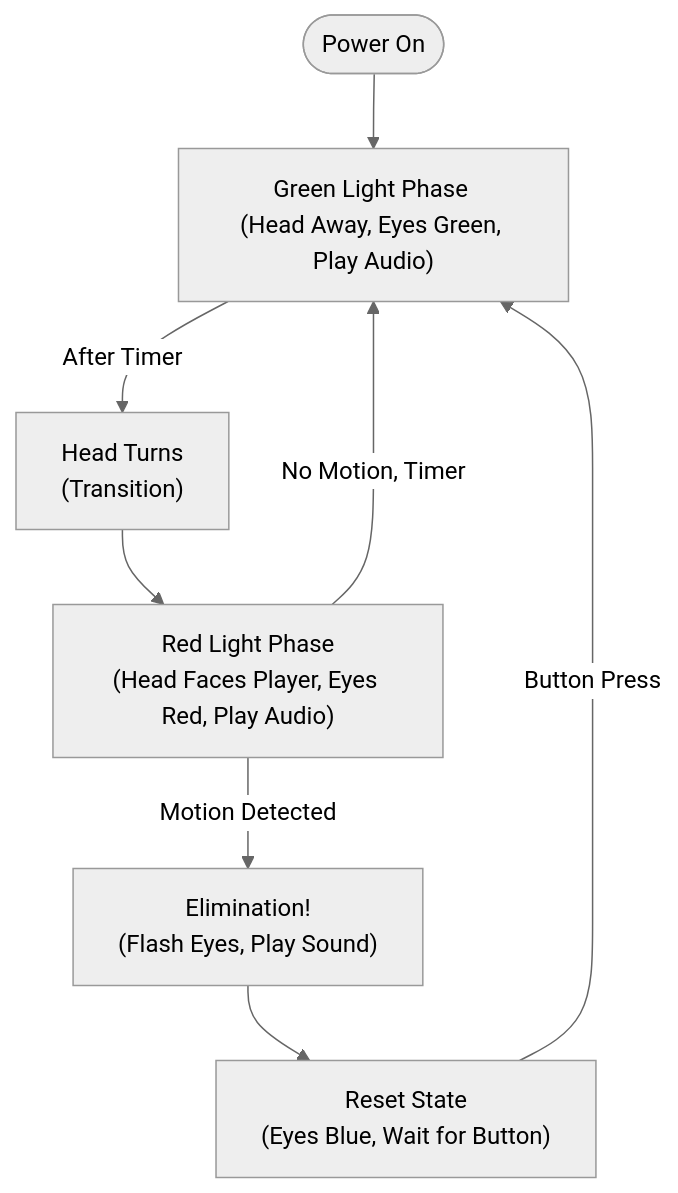
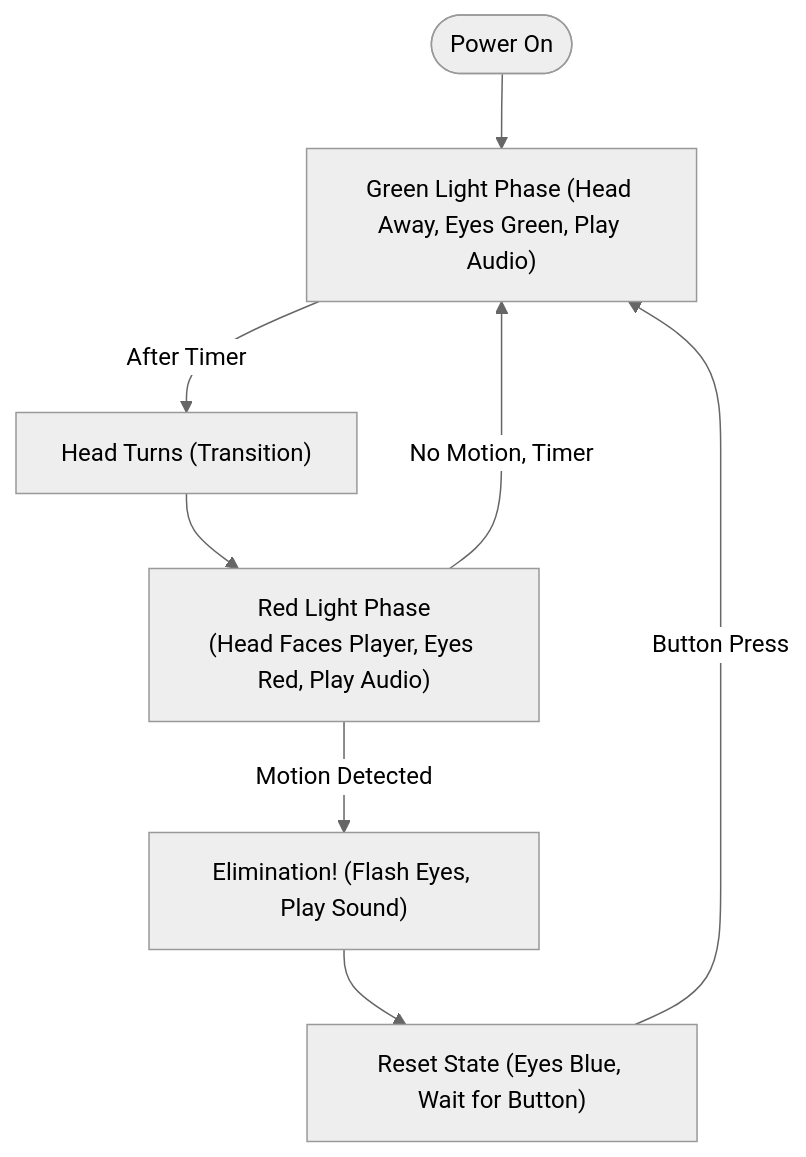
One commit to Akshat394/Squid-Game-Doll-Embedded-Real-Time-Motion-Detection-System changed the diagram in README.md. Above: the diagram before and after it, drawn with Mermaid (neutral theme).

````diff
--- a/README.md
+++ b/README.md
@@ -34,10 +34,10 @@
 ```mermaid
 flowchart TD
-    Start([Power On]) --> Green["Green Light Phase \n(Head Away, Eyes Green, Play Audio)"]
-    Green -->|After Timer| RedTrans["Head Turns \n(Transition)"]
+    Start([Power On]) --> Green["Green Light Phase (Head Away, Eyes Green, Play Audio)"]
+    Green -->|After Timer| RedTrans["Head Turns (Transition)"]
     RedTrans --> Red["Red Light Phase\n(Head Faces Player, Eyes Red, Play Audio)"]
-    Red -->|Motion Detected| Elim["Elimination! \n(Flash Eyes, Play Sound)"]
+    Red -->|Motion Detected| Elim["Elimination! (Flash Eyes, Play Sound)"]
     Red -->|No Motion, Timer| Green
-    Elim --> Reset["Reset State \n(Eyes Blue, Wait for Button)"]
+    Elim --> Reset["Reset State (Eyes Blue, Wait for Button)"]
     Reset -->|Button Press| Green
 ```
````
